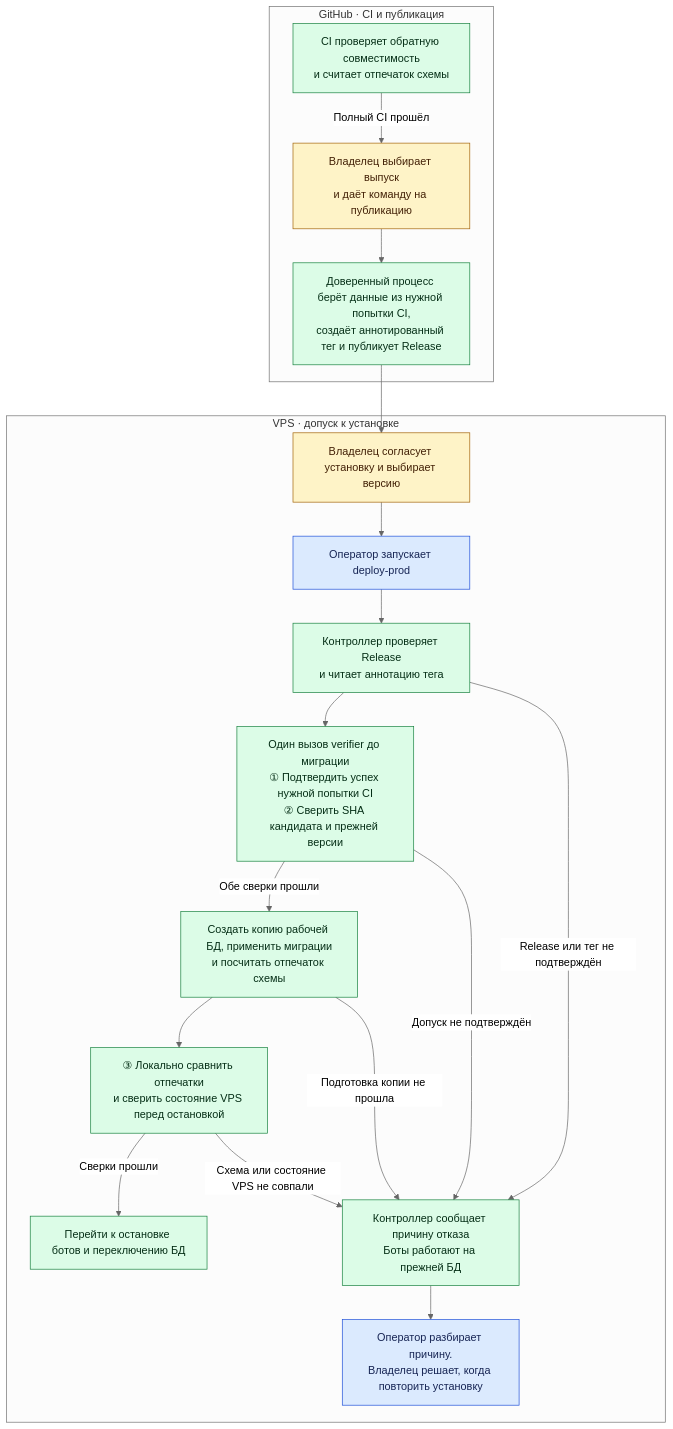
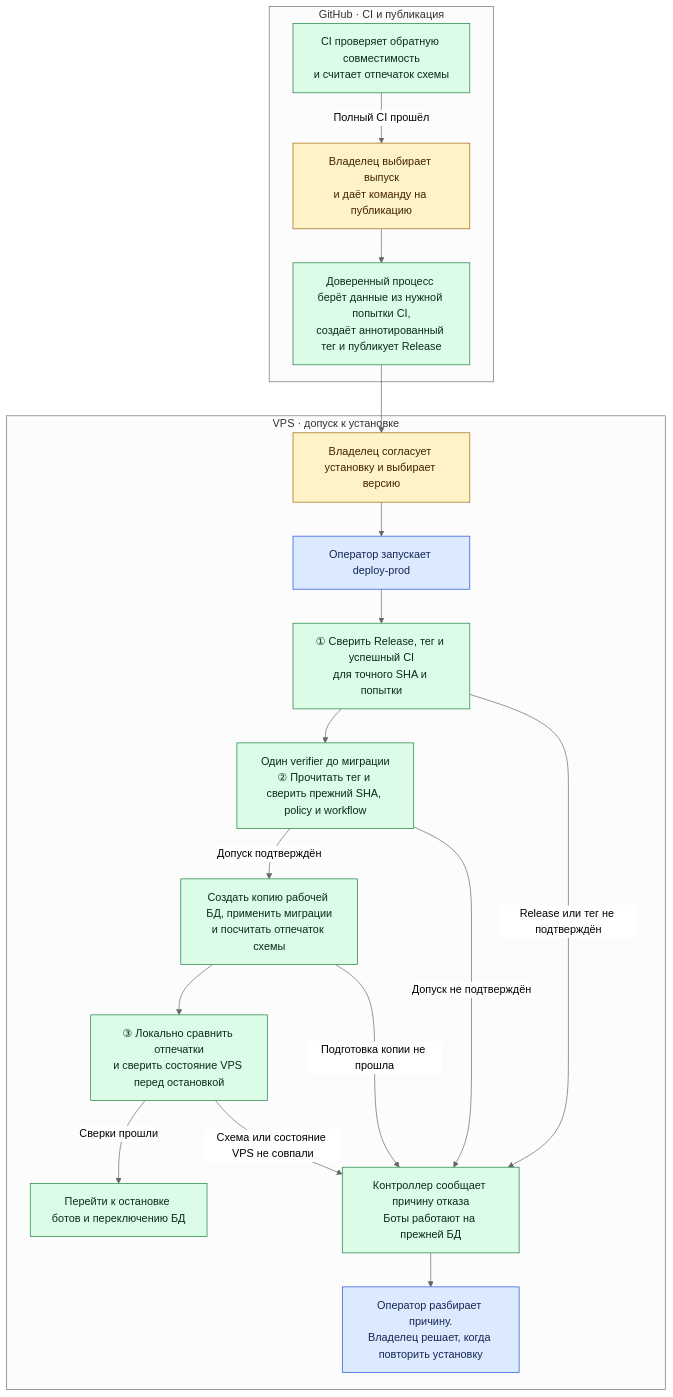
The fifth of 6 diagrams in docs/release-ci-admission/CI_AND_DEPLOY.md (karateka-git/compadre-assistant), drawn with Mermaid (neutral theme) before and after one commit. The commit also changed other lines of this file and 6 other files, not shown here.

````diff
--- a/docs/release-ci-admission/CI_AND_DEPLOY.md
+++ b/docs/release-ci-admission/CI_AND_DEPLOY.md
@@ -321,32 +324,32 @@
 ```mermaid
 flowchart TD
     subgraph GH["GitHub · CI и публикация"]
         CI["CI проверяет обратную совместимость<br/>и считает отпечаток схемы"]
         CI -->|Полный CI прошёл| PUB_OK["Владелец выбирает выпуск<br/>и даёт команду на публикацию"]
         PUB_OK --> PUB["Доверенный процесс берёт данные из нужной попытки CI,<br/>создаёт аннотированный тег и публикует Release"]
     end
 
     subgraph VPS["VPS · допуск к установке"]
         DEPLOY_OK["Владелец согласует установку и выбирает версию"]
         DEPLOY_OK --> RUN["Оператор запускает deploy-prod"]
-        RUN --> TAG["Контроллер проверяет Release<br/>и читает аннотацию тега"]
-        TAG --> V["Один вызов verifier до миграции<br/>① Подтвердить успех нужной попытки CI<br/>② Сверить SHA кандидата и прежней версии"]
-        V -->|Обе сверки прошли| COPY["Создать копию рабочей БД, применить миграции<br/>и посчитать отпечаток схемы"]
+        RUN --> TAG["① Сверить Release, тег и успешный CI<br/>для точного SHA и попытки"]
+        TAG --> V["Один verifier до миграции<br/>② Прочитать тег и сверить прежний SHA, policy и workflow"]
+        V -->|Допуск подтверждён| COPY["Создать копию рабочей БД, применить миграции<br/>и посчитать отпечаток схемы"]
         COPY --> CHECK["③ Локально сравнить отпечатки<br/>и сверить состояние VPS перед остановкой"]
         CHECK -->|Сверки прошли| SWITCH["Перейти к остановке ботов и переключению БД"]
         TAG -->|Release или тег не подтверждён| BLOCKED
         V -->|Допуск не подтверждён| BLOCKED
         COPY -->|Подготовка копии не прошла| BLOCKED
         CHECK -->|Схема или состояние VPS не совпали| BLOCKED
         BLOCKED["Контроллер сообщает причину отказа<br/>Боты работают на прежней БД"]
         BLOCKED --> REVIEW["Оператор разбирает причину.<br/>Владелец решает, когда повторить установку"]
     end
 
     PUB --> DEPLOY_OK
     classDef owner fill:#fef3c7,stroke:#a16207,color:#422006
     classDef operator fill:#dbeafe,stroke:#1d4ed8,color:#172554
     classDef automatic fill:#dcfce7,stroke:#15803d,color:#052e16
     class PUB_OK,DEPLOY_OK owner
     class RUN,REVIEW operator
     class CI,PUB,TAG,V,COPY,CHECK,SWITCH,BLOCKED automatic
 ```
````
